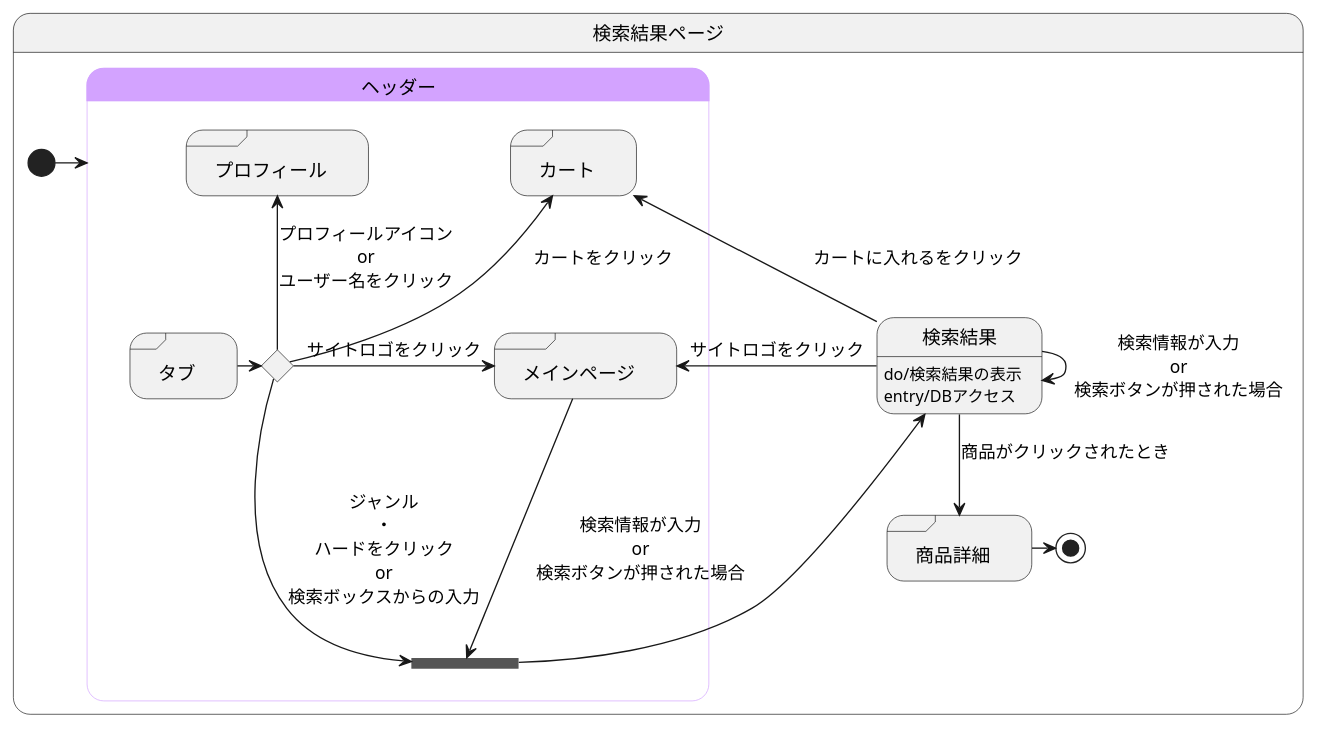
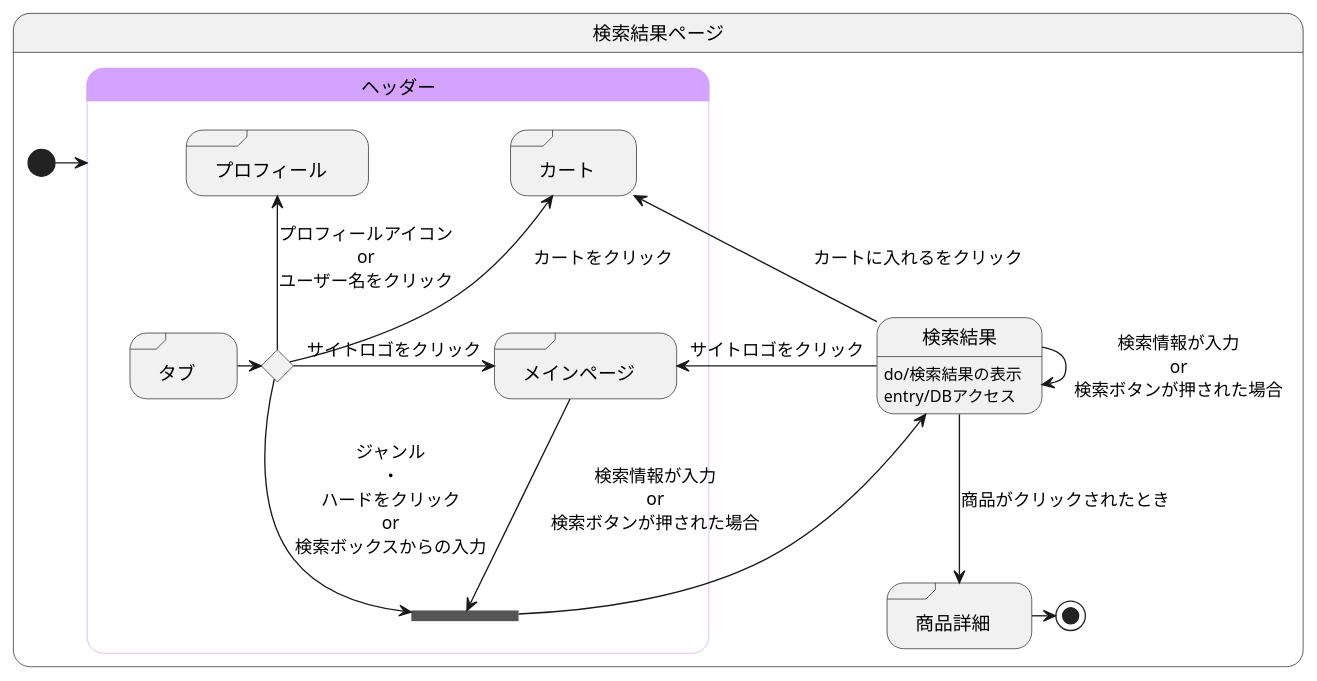
One commit to akutori/T-D-E changed the diagram in 検索結果.md. Above: the diagram before and after it, drawn with PlantUML.

Commit message:
修正

````diff
--- a/検索結果.md
+++ b/検索結果.md
@@ -1,45 +1,45 @@
 ```uml
 @startuml
 state 検索結果ページ{
 
 
     state 検索結果:do/検索結果の表示
     state 検索結果:entry/DBアクセス
     state "商品詳細" as goodsdetail <<sdlreceive>>
     
 
 
     [*] -> ヘッダー
     
     検索結果 --> goodsdetail :商品がクリックされたとき
     検索結果 --> 検索結果 :検索情報が入力\nor\n検索ボタンが押された場合
     goodsdetail -> [*]
     
 
     state ヘッダー<<headder>>{
         state join_header <<join>>
         state ifinput <<choice>>
         state "タブ" as tab <<sdlreceive>>
         state "カート" as cart <<sdlreceive>>
         state "プロフィール" as profile <<sdlreceive>>
         state "メインページ" as mainpage <<sdlreceive>>
 
         tab -> ifinput 
         ifinput -up-> cart :カートをクリック
         ifinput -up-> profile :プロフィールアイコン\nor\nユーザー名をクリック
         ifinput -> mainpage :サイトロゴをクリック
         ifinput -left-> join_header :ジャンル\n・\nハードをクリック\nor\n検索ボックスからの入力
 
-        mainpage ---> join_header :検索情報が入力\nor\n検索ボタンが押された場合
+        mainpage --> join_header :検索情報が入力\nor\n検索ボタンが押された場合
         検索結果 -> mainpage :サイトロゴをクリック
         join_header --> 検索結果
         検索結果 -> cart : カートに入れるをクリック
     }
 
     skinparam stateBorderColor<<headder>> #d3a3ff
     state ヘッダー #d3a3ff
 
 }
 
 @enduml
 ```
````
